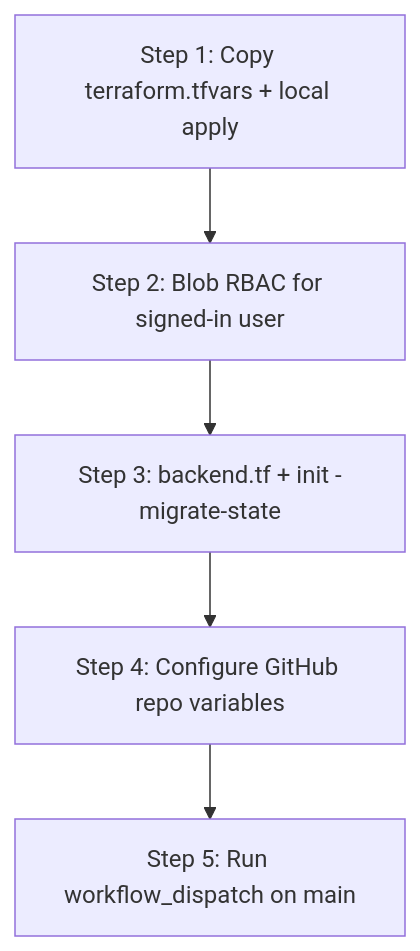
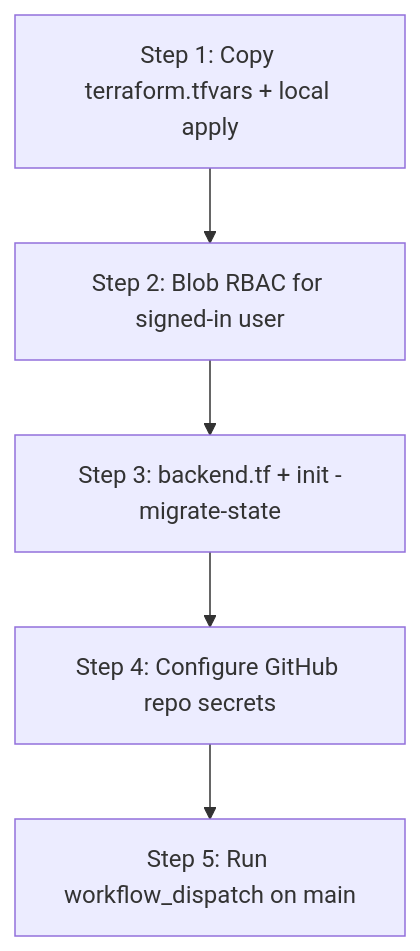
Before and after one commit to yauchinlam/terraform-infrastructure: the diagram in README.md, drawn with Mermaid. The commit also changed other lines of this file and 2 other files, not shown here.

First line of the commit message:
Use GitHub Secrets for CI credentials and mask sensitive outputs.

````diff
--- a/README.md
+++ b/README.md
@@ -167,7 +167,7 @@
 ```mermaid
 flowchart TD
   A["Step 1: Copy terraform.tfvars + local apply"] --> B["Step 2: Blob RBAC for signed-in user"]
   B --> C["Step 3: backend.tf + init -migrate-state"]
-  C --> D["Step 4: Configure GitHub repo variables"]
+  C --> D["Step 4: Configure GitHub repo secrets"]
   D --> E["Step 5: Run workflow_dispatch on main"]
 ```
````
